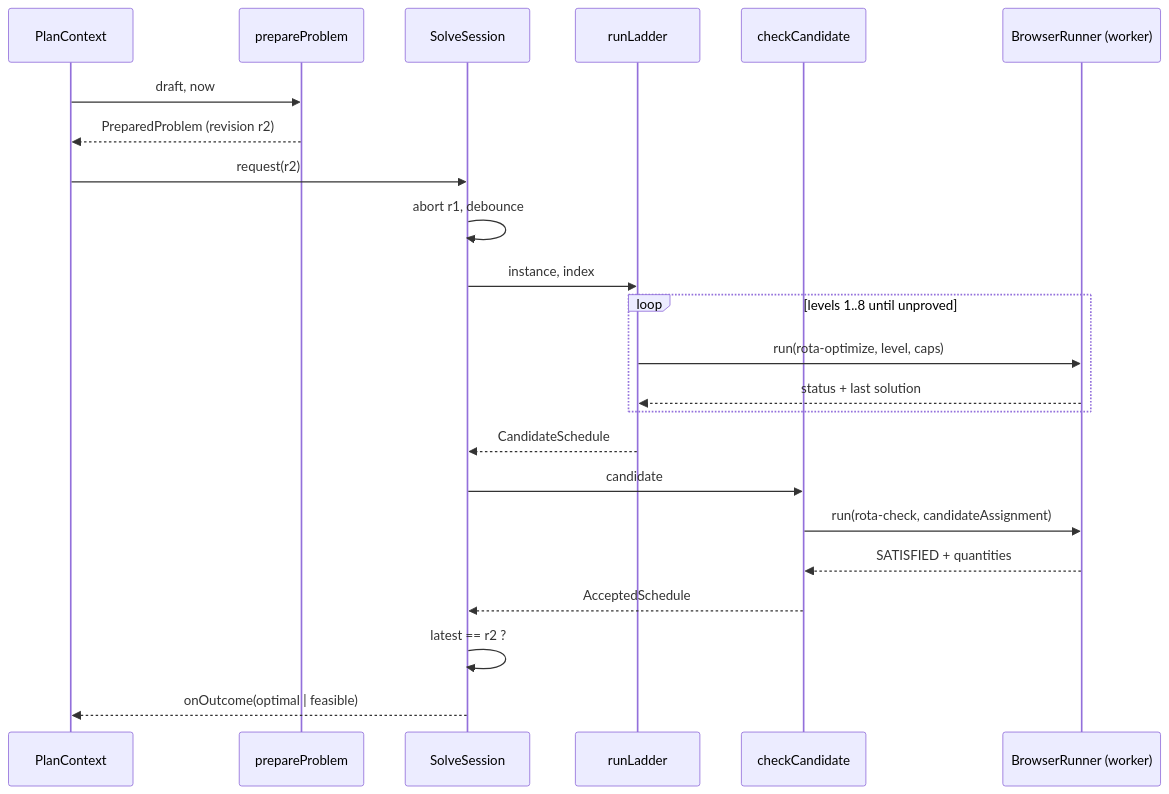
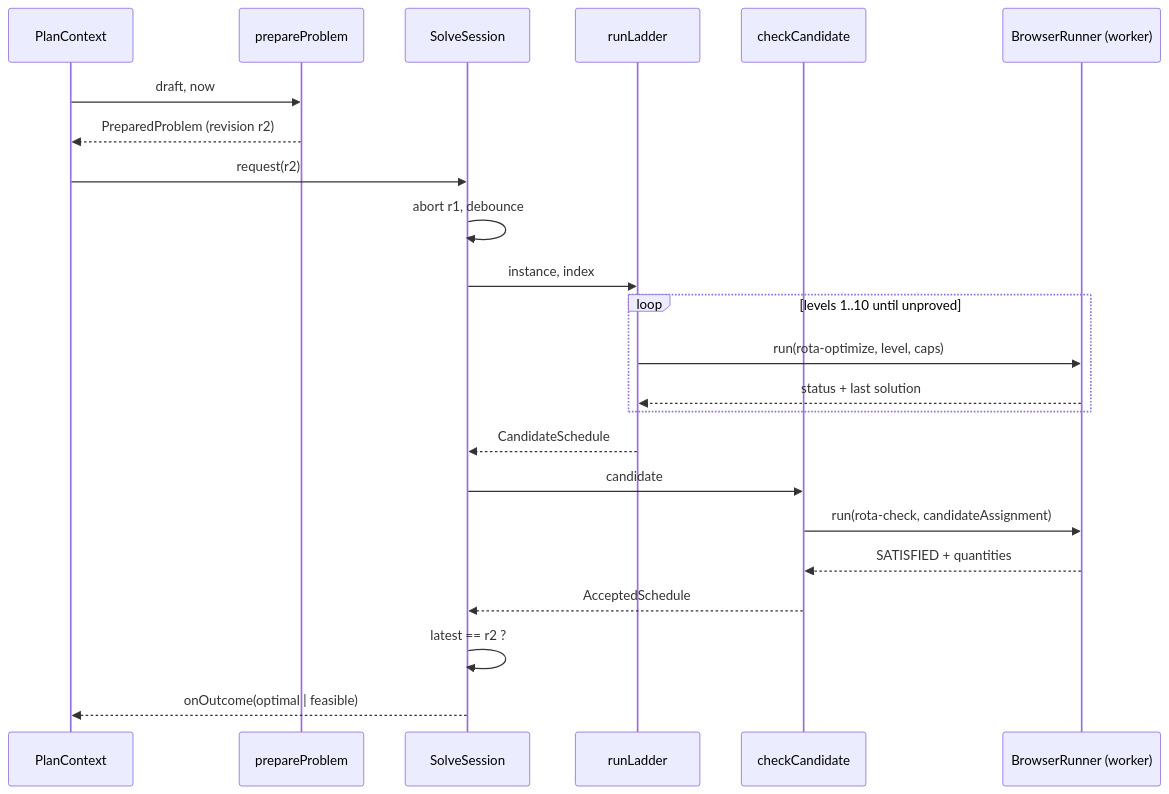
The third of 4 diagrams in docs/minizinc-implementation-design.md (barakplasma/guard), drawn with Mermaid before and after one commit. The commit also changed other lines of this file and 1 other file, not shown here.

````diff
--- a/docs/minizinc-implementation-design.md
+++ b/docs/minizinc-implementation-design.md
@@ -781,26 +869,26 @@
 ```mermaid
 sequenceDiagram
     participant UI as PlanContext
     participant P as prepareProblem
     participant S as SolveSession
     participant L as runLadder
     participant C as checkCandidate
     participant R as BrowserRunner (worker)
 
     UI->>P: draft, now
     P-->>UI: PreparedProblem (revision r2)
     UI->>S: request(r2)
     S->>S: abort r1, debounce
     S->>L: instance, index
-    loop levels 1..8 until unproved
+    loop levels 1..10 until unproved
         L->>R: run(rota-optimize, level, caps)
         R-->>L: status + last solution
     end
     L-->>S: CandidateSchedule
     S->>C: candidate
     C->>R: run(rota-check, candidateAssignment)
     R-->>C: SATISFIED + quantities
     C-->>S: AcceptedSchedule
     S->>S: latest == r2 ?
     S-->>UI: onOutcome(optimal | feasible)
 ```
````
